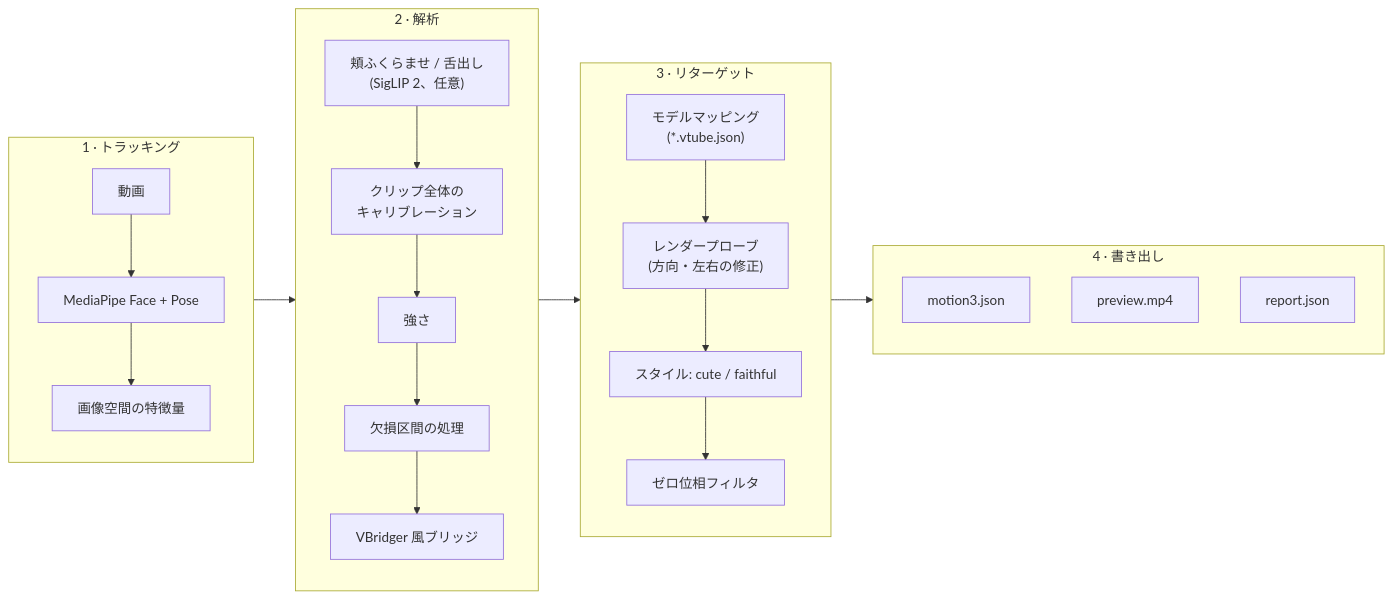
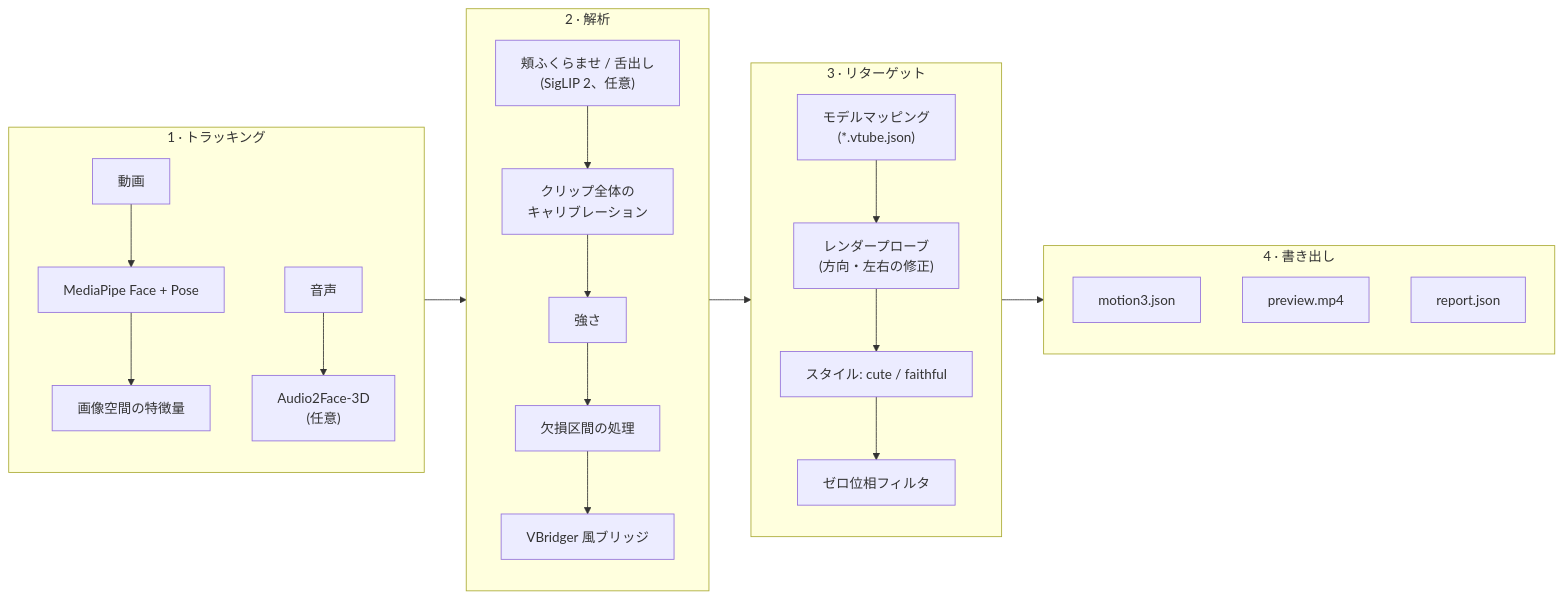
One commit to FMsongX2/video2live2d changed the diagram in README.ja.md. Above: the diagram before and after it, drawn with Mermaid. The commit also changed other lines of this file and 34 other files, not shown here.

First line of the commit message:
Audio2Live2D: speech audio drives the face through NVIDIA Audio2Face-3D

````diff
--- a/README.ja.md
+++ b/README.ja.md
@@ -38,28 +39,29 @@
 ```mermaid
 flowchart LR
     subgraph S1["1 · トラッキング"]
         direction TB
         A["動画"] --> B["MediaPipe Face + Pose"]
         B --> C["画像空間の特徴量"]
+        A2["音声"] --> A3["Audio2Face-3D<br/>(任意)"]
     end
     subgraph S2["2 · 解析"]
         direction TB
         E["頬ふくらませ / 舌出し<br/>(SigLIP 2、任意)"] --> D["クリップ全体の<br/>キャリブレーション"]
         D --> P["強さ"]
         P --> F["欠損区間の処理"]
         F --> G["VBridger 風ブリッジ"]
     end
     subgraph S3["3 · リターゲット"]
         direction TB
         H["モデルマッピング<br/>(*.vtube.json)"] --> I["レンダープローブ<br/>(方向・左右の修正)"]
         I --> J["スタイル: cute / faithful"]
         J --> K["ゼロ位相フィルタ"]
     end
     subgraph S4["4 · 書き出し"]
         direction TB
         L["motion3.json"]
         M["preview.mp4"]
         N["report.json"]
     end
     S1 --> S2 --> S3 --> S4
 ```
````
